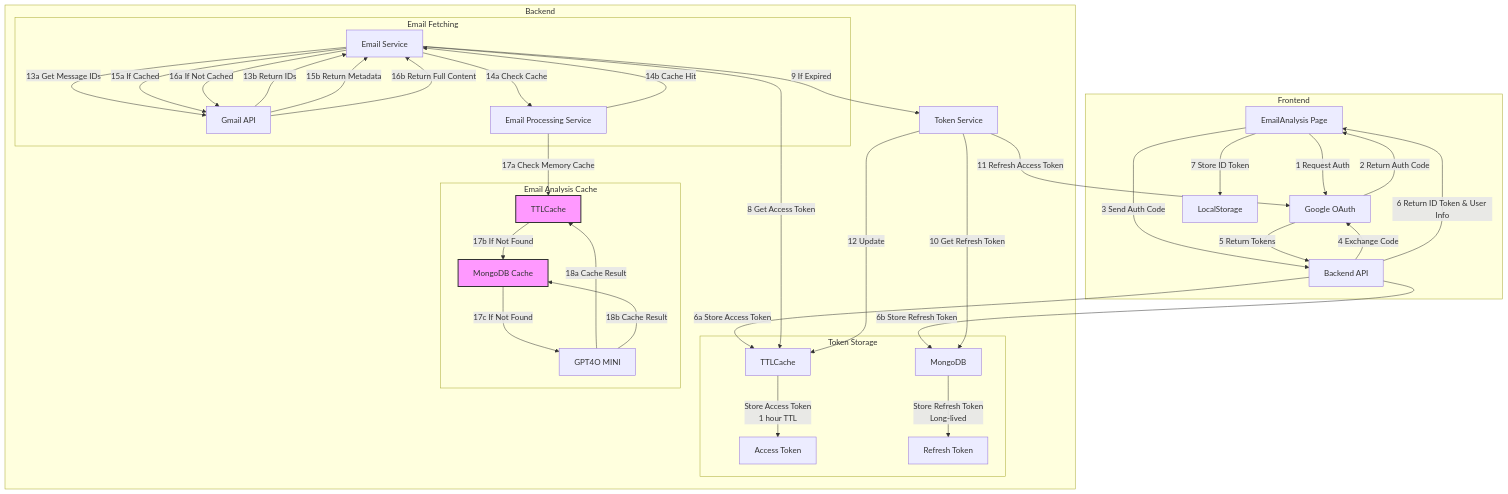
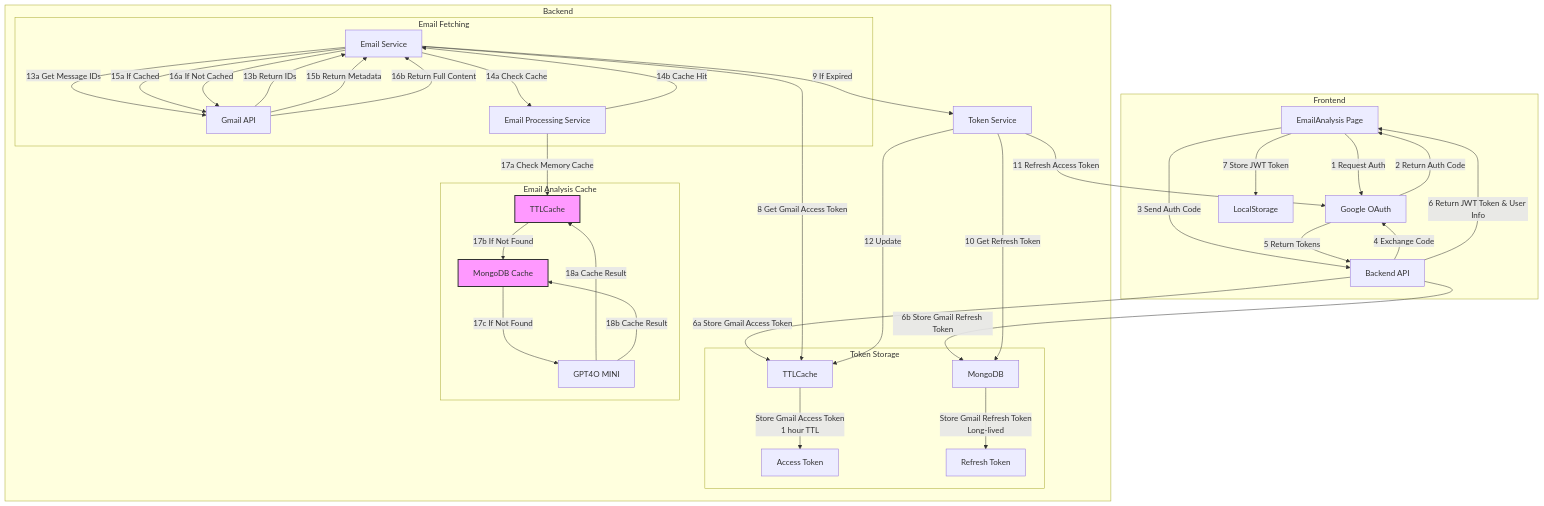
The first of 8 diagrams in data/blog/implementing-email-analysis-with-google-oauth.mdx (Skymore/ruit.me), drawn with Mermaid before and after one commit. The commit also changed other lines of this file and 5 other files, not shown here.

````diff
--- a/data/blog/implementing-email-analysis-with-google-oauth.mdx
+++ b/data/blog/implementing-email-analysis-with-google-oauth.mdx
@@ -21,51 +22,51 @@
 ```mermaid
 graph TD
     subgraph Frontend
         A[EmailAnalysis Page] -->|1 Request Auth| B[Google OAuth]
         B -->|2 Return Auth Code| A
         A -->|3 Send Auth Code| C[Backend API]
-        A -->|7 Store ID Token| L[LocalStorage]
+        A -->|7 Store JWT Token| L[LocalStorage]
     end
 
     subgraph Backend
         C -->|4 Exchange Code| B
         B -->|5 Return Tokens| C
-        C -->|6 Return ID Token & User Info| A
+        C -->|6 Return JWT Token & User Info| A
         
         subgraph Token Storage
-            D[TTLCache] -->|Store Access Token<br/>1 hour TTL| E[Access Token]
-            F[MongoDB] -->|Store Refresh Token<br/>Long-lived| G[Refresh Token]
+            D[TTLCache] -->|Store Gmail Access Token<br/>1 hour TTL| E[Access Token]
+            F[MongoDB] -->|Store Gmail Refresh Token<br/>Long-lived| G[Refresh Token]
         end
         
-        C -->|6a Store Access Token| D
-        C -->|6b Store Refresh Token| F
+        C -->|6a Store Gmail Access Token| D
+        C -->|6b Store Gmail Refresh Token| F
         
-        H[Email Service] -->|8 Get Access Token| D
+        H[Email Service] -->|8 Get Gmail Access Token| D
         H -->|9 If Expired| I[Token Service]
         I -->|10 Get Refresh Token| F
         I -->|11 Refresh Access Token| B
         I -->|12 Update| D
         
         subgraph Email Fetching
             H -->|13a Get Message IDs| J[Gmail API]
             J -->|13b Return IDs| H
             H -->|14a Check Cache| K[Email Processing Service]
             K -->|14b Cache Hit| H
             H -->|15a If Cached| J
             J -->|15b Return Metadata| H
             H -->|16a If Not Cached| J
             J -->|16b Return Full Content| H
         end
 
         subgraph Email Analysis Cache
             K -->|17a Check Memory Cache| M[TTLCache]
             M -->|17b If Not Found| N[MongoDB Cache]
             N -->|17c If Not Found| O[GPT4O MINI]
             O -->|18a Cache Result| M
             O -->|18b Cache Result| N
         end
     end
 
     classDef cacheNode fill:#f9f,stroke:#333,stroke-width:2px;
     class M,N cacheNode;
 ```
````
